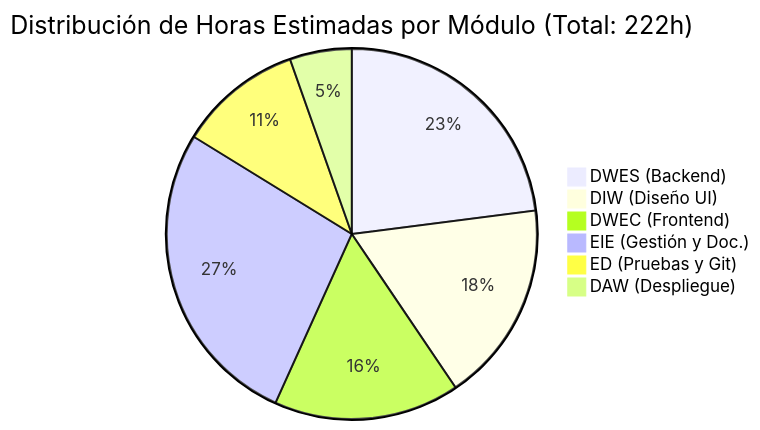
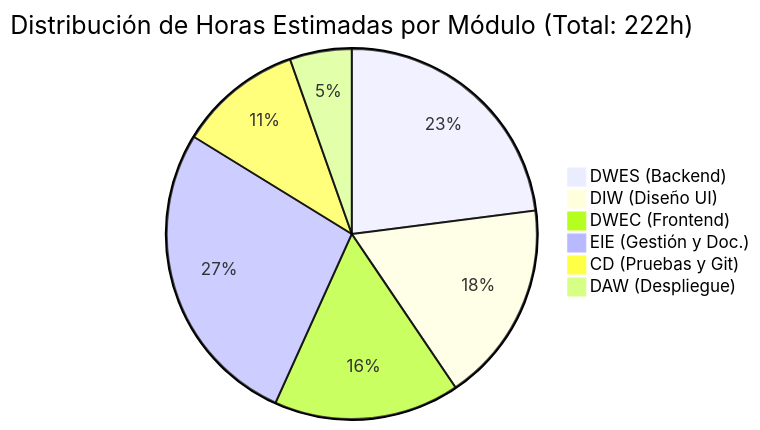
The fifth of 5 diagrams in README.md (b4391co/ProyectoDaw), drawn with Mermaid before and after one commit. The commit also changed other lines of this file, not shown here.

````diff
--- a/README.md
+++ b/README.md
@@ -165,10 +165,10 @@
 ```mermaid
 pie
     title Distribución de Horas Estimadas por Módulo (Total: 222h)
     "DWES (Backend)" : 51
     "DIW (Diseño UI)" : 39
     "DWEC (Frontend)" : 36
     "EIE (Gestión y Doc.)" : 60
-    "ED (Pruebas y Git)" : 24
+    "CD (Pruebas y Git)" : 24
     "DAW (Despliegue)" : 12
 ```
````
